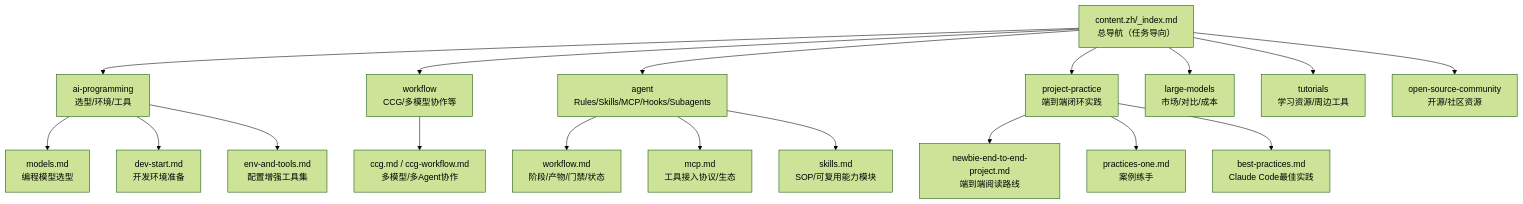
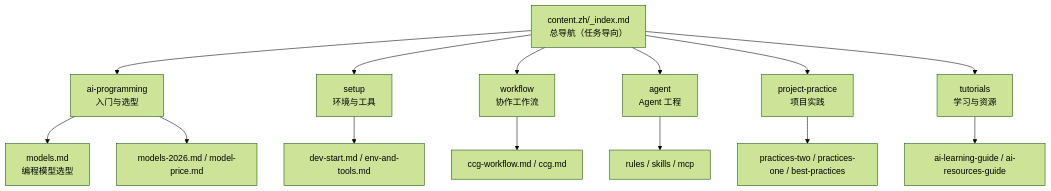
The diagram in CLAUDE.md (rockyflux/ai-guide), drawn with Mermaid (forest theme) before and after one commit. The commit also changed other lines of this file and 63 other files, not shown here.

````diff
--- a/CLAUDE.md
+++ b/CLAUDE.md
@@ -53,25 +56,18 @@
 ```mermaid
 flowchart TB
   Root[content.zh/_index.md<br/>总导航（任务导向）]
-  Root --> AP[ai-programming<br/>选型/环境/工具]
-  Root --> WF[workflow<br/>CCG/多模型协作等]
-  Root --> AG[agent<br/>Rules/Skills/MCP/Hooks/Subagents]
-  Root --> PP[project-practice<br/>端到端闭环实践]
-  Root --> LM[large-models<br/>市场/对比/成本]
-  Root --> TU[tutorials<br/>学习资源/周边工具]
-  Root --> OSC[open-source-community<br/>开源/社区资源]
+  Root --> AP[ai-programming<br/>入门与选型]
+  Root --> SU[setup<br/>环境与工具]
+  Root --> WF[workflow<br/>协作工作流]
+  Root --> AG[agent<br/>Agent 工程]
+  Root --> PP[project-practice<br/>项目实践]
+  Root --> TU[tutorials<br/>学习与资源]
 
   AP --> AP1[models.md<br/>编程模型选型]
-  AP --> AP2[dev-start.md<br/>开发环境准备]
-  AP --> AP3[env-and-tools.md<br/>配置增强工具集]
-
-  WF --> WF1[ccg.md / ccg-workflow.md<br/>多模型/多Agent协作]
-
-  AG --> AG1[workflow.md<br/>阶段/产物/门禁/状态]
-  AG --> AG2[mcp.md<br/>工具接入协议/生态]
-  AG --> AG3[skills.md<br/>SOP/可复用能力模块]
-
-  PP --> PP1[newbie-end-to-end-project.md<br/>端到端阅读路线]
-  PP --> PP2[practices-one.md<br/>案例练手]
-  PP --> PP3[best-practices.md<br/>Claude Code最佳实践]
+  AP --> AP2[models-2026.md / model-price.md]
+  SU --> SU1[dev-start.md / env-and-tools.md]
+  WF --> WF1[ccg-workflow.md / ccg.md]
+  AG --> AG1[rules / skills / mcp]
+  PP --> PP1[practices-two / practices-one / best-practices]
+  TU --> TU1[ai-learning-guide / ai-resources-guide]
 ```
````
